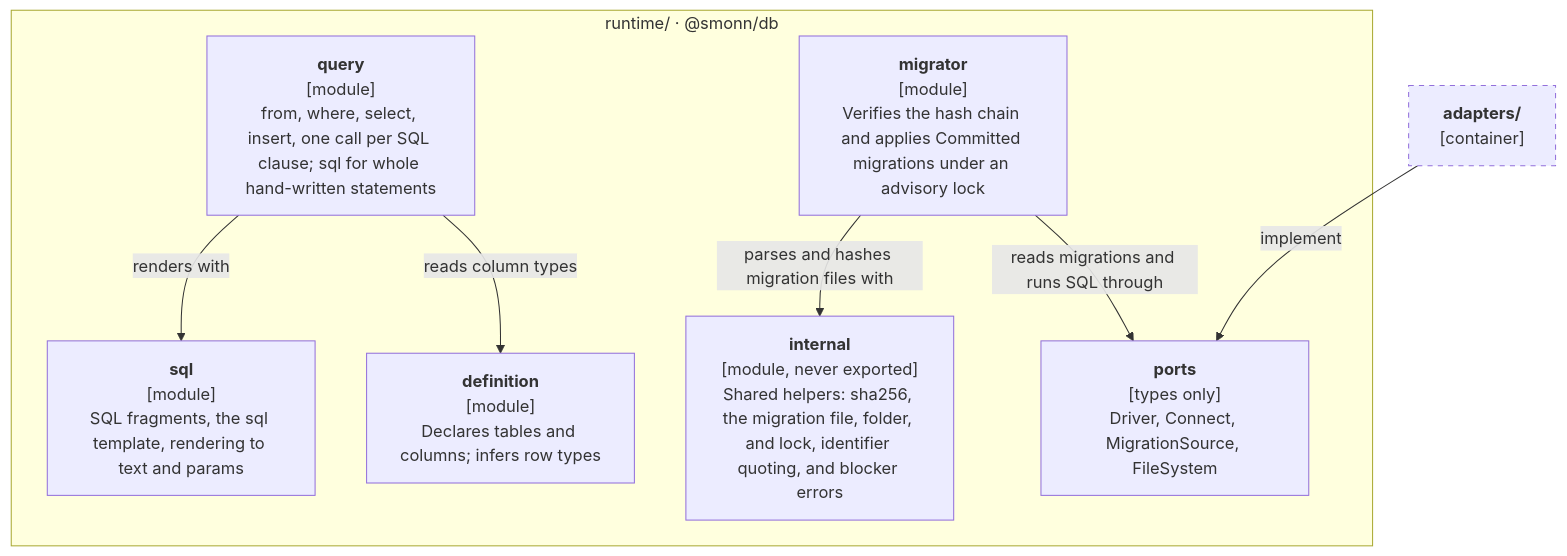
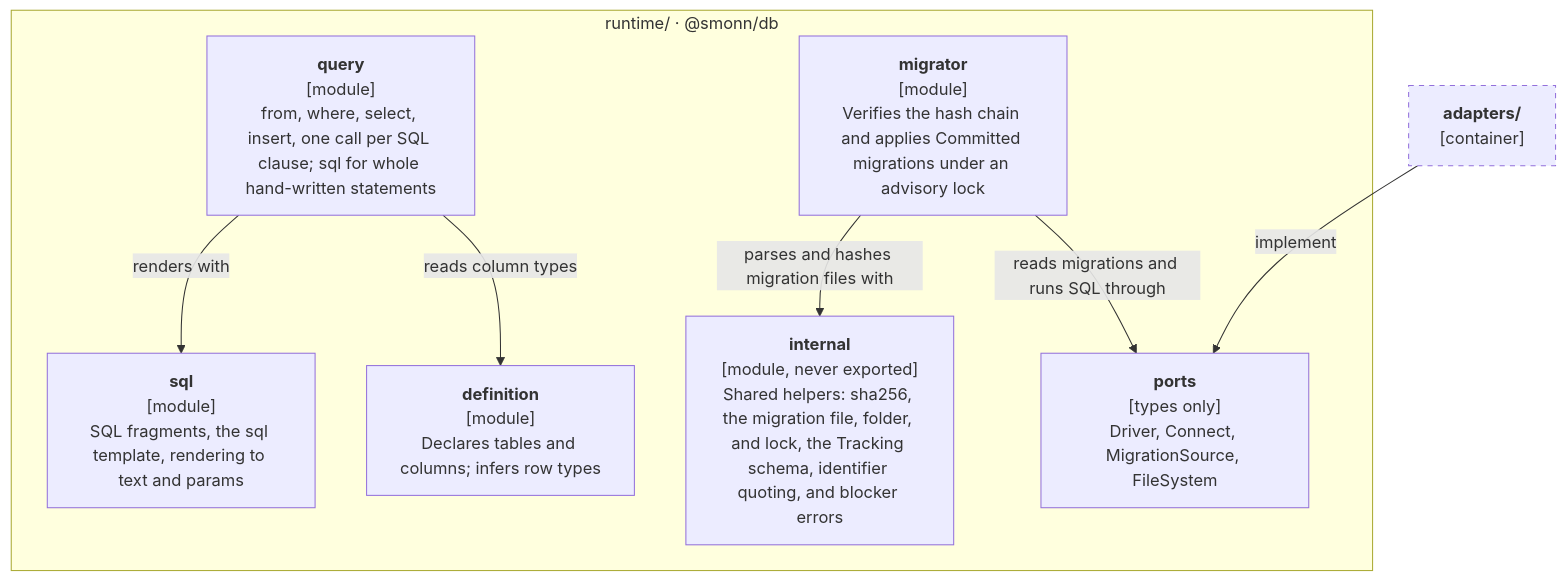
Before and after one commit to smonn/db: the second of 4 diagrams in docs/architecture/README.md, drawn with Mermaid. The commit also changed 2 other files, not shown here.

Commit message:
docs(architecture): restore facts the trim dropped or bent

````diff
--- a/docs/architecture/README.md
+++ b/docs/architecture/README.md
@@ -46,22 +46,22 @@
 ```mermaid
 flowchart TB
   subgraph runtime["runtime/ · @smonn/db"]
     definition["<b>definition</b><br/>[module]<br/>Declares tables and columns; infers row types"]
     query["<b>query</b><br/>[module]<br/>from, where, select, insert, one call per SQL clause; sql for whole hand-written statements"]
     sql["<b>sql</b><br/>[module]<br/>SQL fragments, the sql template, rendering to text and params"]
     migrator["<b>migrator</b><br/>[module]<br/>Verifies the hash chain and applies Committed migrations under an advisory lock"]
     ports["<b>ports</b><br/>[types only]<br/>Driver, Connect, MigrationSource, FileSystem"]
-    internal["<b>internal</b><br/>[module, never exported]<br/>Shared helpers: sha256, the migration file, folder, and lock, identifier quoting, and blocker errors"]
+    internal["<b>internal</b><br/>[module, never exported]<br/>Shared helpers: sha256, the migration file, folder, and lock, the Tracking schema, identifier quoting, and blocker errors"]
   end
 
   adapters["<b>adapters/</b><br/>[container]"]
 
   query -- "reads column types" --> definition
   query -- "renders with" --> sql
   migrator -- "reads migrations and runs SQL through" --> ports
   migrator -- "parses and hashes migration files with" --> internal
   adapters -- "implement" --> ports
 
   classDef external stroke-dasharray: 5 5
   class adapters external
 ```
````
